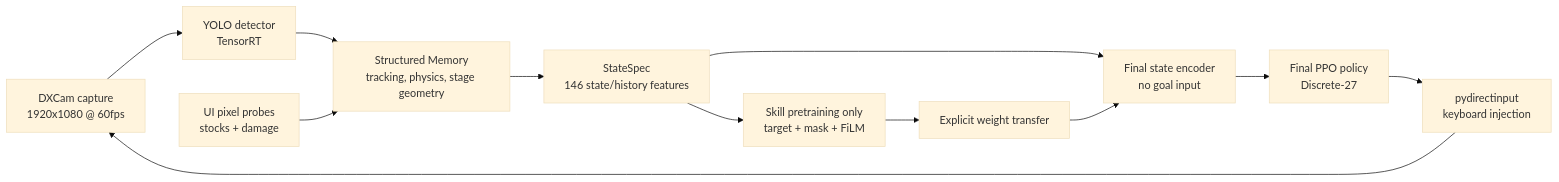
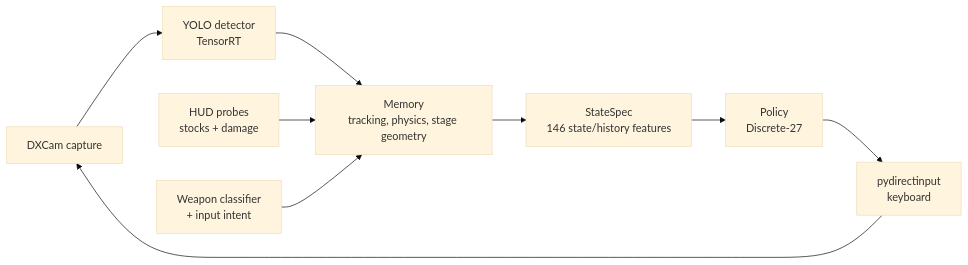
Before and after one commit to MA-Zbida/brawl_scratch: the diagram in README.md, drawn with Mermaid (base theme). The commit also changed other lines of this file and 2 other files, not shown here.

````diff
--- a/README.md
+++ b/README.md
@@ -40,14 +52,11 @@
 ```mermaid
 flowchart LR
-    A[DXCam capture<br/>1920x1080 @ 60fps] --> B[YOLO detector<br/>TensorRT]
-    B --> C[Structured Memory<br/>tracking, physics, stage geometry]
-    U[UI pixel probes<br/>stocks + damage] --> C
+    A[DXCam capture] --> B[YOLO detector<br/>TensorRT]
+    B --> C[Memory<br/>tracking, physics, stage geometry]
+    U[HUD probes<br/>stocks + damage] --> C
+    W[Weapon classifier<br/>+ input intent] --> C
     C --> D[StateSpec<br/>146 state/history features]
-    D --> E[Skill pretraining only<br/>target + mask + FiLM]
-    E --> T[Explicit weight transfer]
-    D --> F[Final state encoder<br/>no goal input]
-    T --> F
-    F --> G[Final PPO policy<br/>Discrete-27]
-    G --> H[pydirectinput<br/>keyboard injection]
+    D --> P[Policy<br/>Discrete-27]
+    P --> H[pydirectinput<br/>keyboard]
     H --> A
 ```
````
